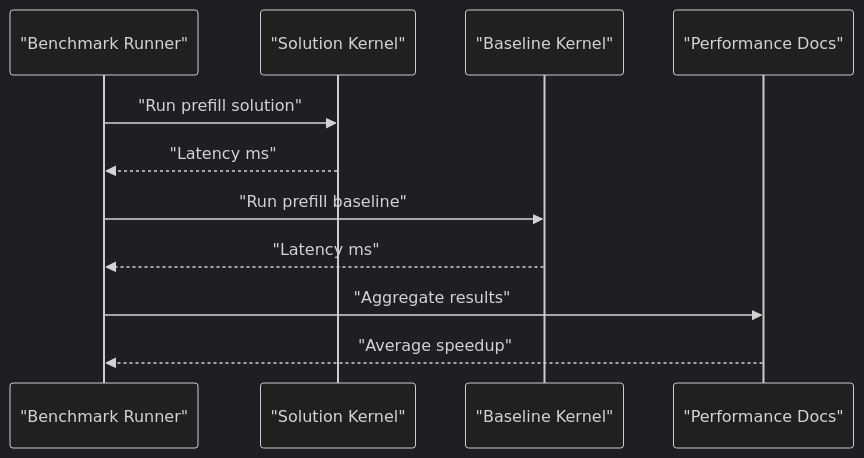
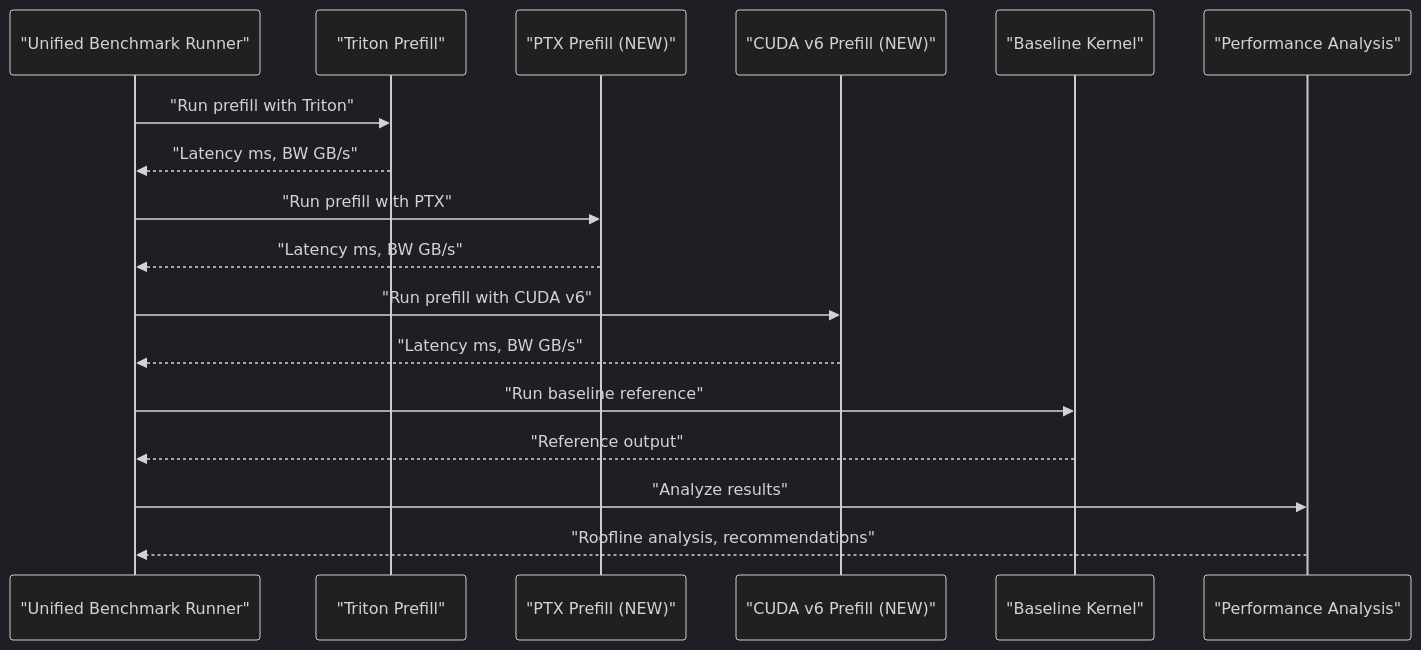
One commit to gugudeshubao/flashinfer-bench-tma-thrust changed the fourth of 6 diagrams in .qoder/repowiki/en/content/Core Kernels/GDN Prefill Kernel.md. Above: the diagram before and after it, drawn with Mermaid (dark theme). The commit also changed other lines of this file and 19 other files, not shown here.

First line of the commit message:
perf(decode): add cp.async prefetch for memory latency hiding

````diff
--- a/.qoder/repowiki/en/content/Core Kernels/GDN Prefill Kernel.md
+++ b/.qoder/repowiki/en/content/Core Kernels/GDN Prefill Kernel.md
@@ -261,13 +329,19 @@
 ```mermaid
 sequenceDiagram
-participant Runner as "Benchmark Runner"
-participant Sol as "Solution Kernel"
+participant Runner as "Unified Benchmark Runner"
+participant Triton as "Triton Prefill"
+participant PTX as "PTX Prefill (NEW)"
+participant V6 as "CUDA v6 Prefill (NEW)"
 participant Base as "Baseline Kernel"
-participant Perf as "Performance Docs"
-Runner->>Sol : "Run prefill solution"
-Sol-->>Runner : "Latency ms"
-Runner->>Base : "Run prefill baseline"
-Base-->>Runner : "Latency ms"
-Runner->>Perf : "Aggregate results"
-Perf-->>Runner : "Average speedup"
+participant Perf as "Performance Analysis"
+Runner->>Triton : "Run prefill with Triton"
+Triton-->>Runner : "Latency ms, BW GB/s"
+Runner->>PTX : "Run prefill with PTX"
+PTX-->>Runner : "Latency ms, BW GB/s"
+Runner->>V6 : "Run prefill with CUDA v6"
+V6-->>Runner : "Latency ms, BW GB/s"
+Runner->>Base : "Run baseline reference"
+Base-->>Runner : "Reference output"
+Runner->>Perf : "Analyze results"
+Perf-->>Runner : "Roofline analysis, recommendations"
 ```
````
